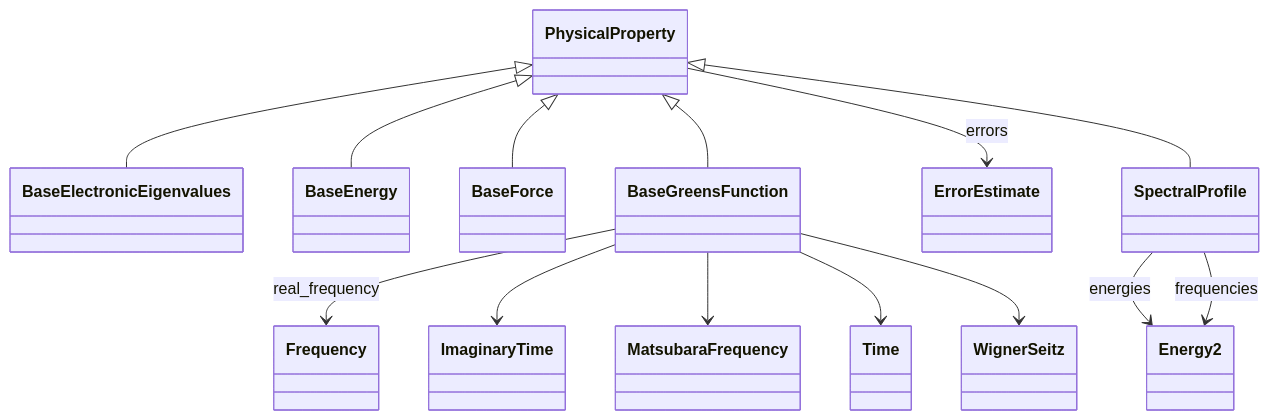
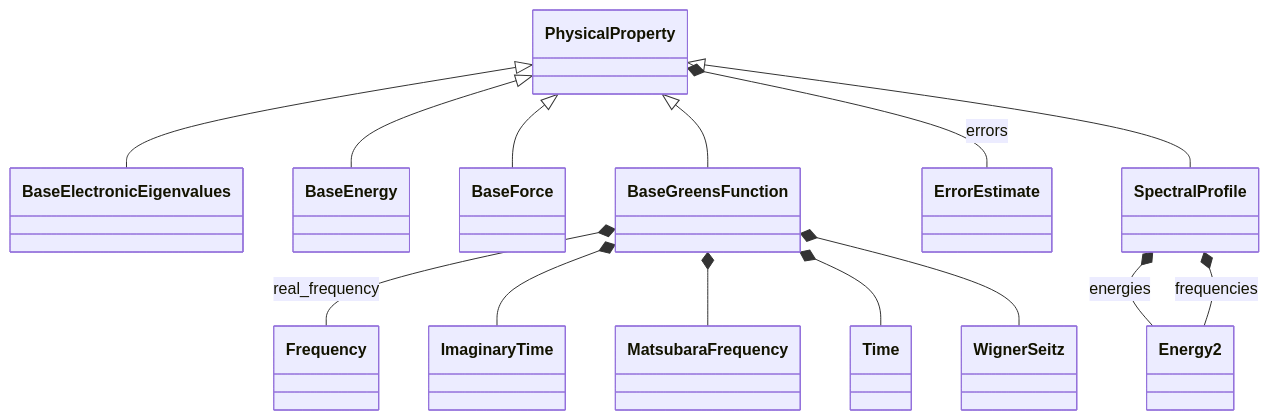
One commit to FAIRmat-NFDI/nomad-simulations changed the diagram in docs/schema/physical_property.diagram.md. Above: the diagram before and after it, drawn with Mermaid. The commit also changed other lines of this file and 34 other files, not shown here.

````diff
--- a/docs/schema/physical_property.diagram.md
+++ b/docs/schema/physical_property.diagram.md
@@ -14,42 +14,42 @@
 ```mermaid
 classDiagram
     class BaseElectronicEigenvalues {
     }
     class BaseEnergy {
     }
     class BaseForce {
     }
     class BaseGreensFunction {
     }
     class Energy2 {
     }
     class ErrorEstimate {
     }
     class Frequency {
     }
     class ImaginaryTime {
     }
     class MatsubaraFrequency {
     }
     class PhysicalProperty {
     }
     class SpectralProfile {
     }
     class Time {
     }
     class WignerSeitz {
     }
     PhysicalProperty <|-- BaseElectronicEigenvalues
     PhysicalProperty <|-- BaseEnergy
     PhysicalProperty <|-- BaseForce
     PhysicalProperty <|-- BaseGreensFunction
     PhysicalProperty <|-- SpectralProfile
-    BaseGreensFunction --> Frequency : real_frequency
-    BaseGreensFunction --> ImaginaryTime
-    BaseGreensFunction --> MatsubaraFrequency
-    BaseGreensFunction --> Time
-    BaseGreensFunction --> WignerSeitz
-    PhysicalProperty --> ErrorEstimate : errors
-    SpectralProfile --> Energy2 : energies
-    SpectralProfile --> Energy2 : frequencies
+    BaseGreensFunction *-- Frequency : real_frequency
+    BaseGreensFunction *-- ImaginaryTime
+    BaseGreensFunction *-- MatsubaraFrequency
+    BaseGreensFunction *-- Time
+    BaseGreensFunction *-- WignerSeitz
+    PhysicalProperty *-- ErrorEstimate : errors
+    SpectralProfile *-- Energy2 : energies
+    SpectralProfile *-- Energy2 : frequencies
 ```
````
